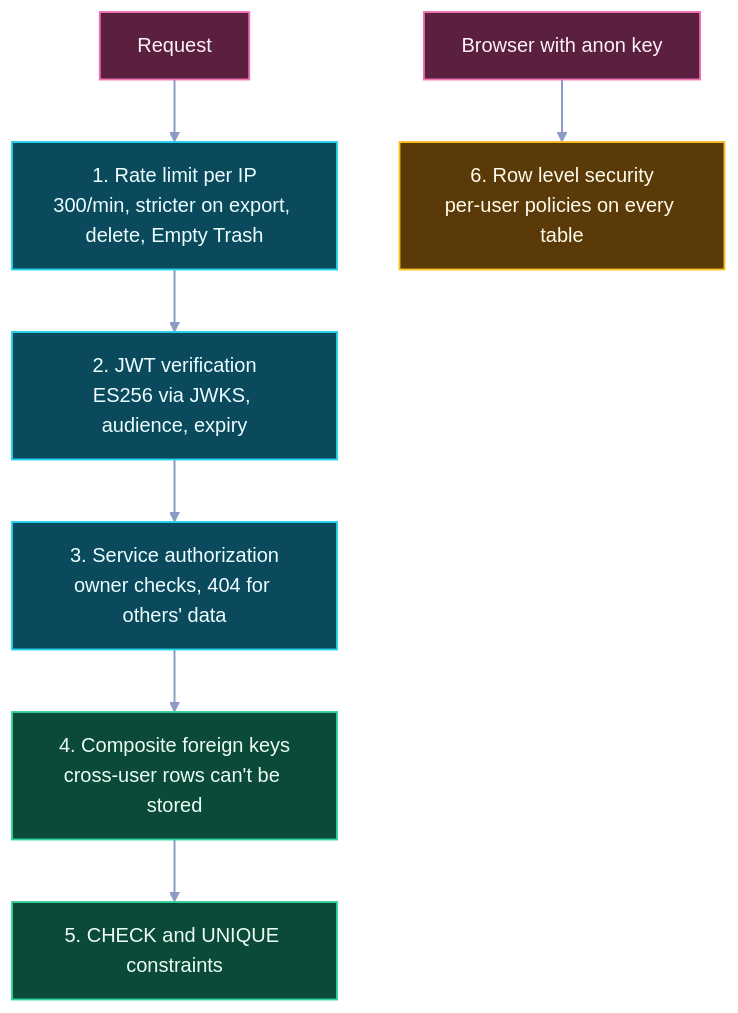
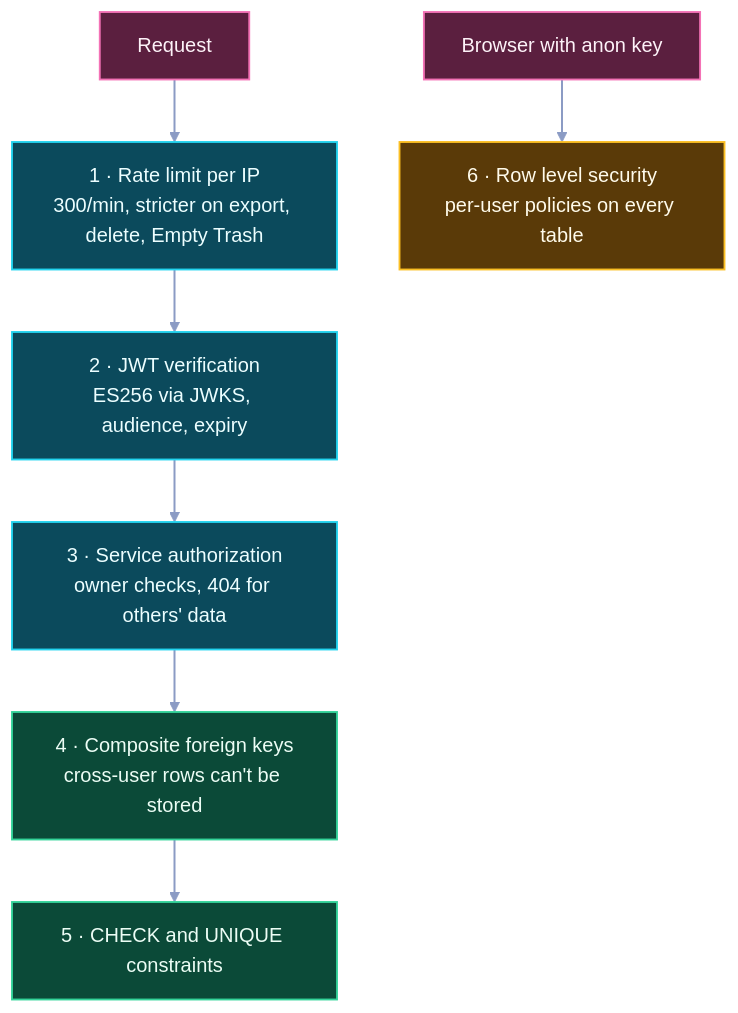
One commit to Mahakisore7/Neuro_Vault changed the diagram in docs/diagrams/security.mmd. Above: the diagram before and after it, drawn with Mermaid (base theme). The commit also changed 2 other files, not shown here.

Commit message:
fix(docs): security diagram labels rendered empty
Labels starting with a number and a dot ('1. Rate limit') were read as
Markdown list items and drawn blank. Use '1 · ' instead, and re-render
every diagram (the other labels were checked and are unaffected).

```diff
--- a/docs/diagrams/security.mmd
+++ b/docs/diagrams/security.mmd
@@ -1,20 +1,20 @@
 flowchart TB
-    R["Request"] --> L1["1. Rate limit per IP<br/>300/min, stricter on export, delete, Empty Trash"]
-    L1 --> L2["2. JWT verification<br/>ES256 via JWKS, audience, expiry"]
-    L2 --> L3["3. Service authorization<br/>owner checks, 404 for others' data"]
-    L3 --> L4["4. Composite foreign keys<br/>cross-user rows can't be stored"]
-    L4 --> L5["5. CHECK and UNIQUE constraints"]
-    B["Browser with anon key"] --> L6["6. Row level security<br/>per-user policies on every table"]
+    R["Request"] --> L1["1 · Rate limit per IP<br/>300/min, stricter on export, delete, Empty Trash"]
+    L1 --> L2["2 · JWT verification<br/>ES256 via JWKS, audience, expiry"]
+    L2 --> L3["3 · Service authorization<br/>owner checks, 404 for others' data"]
+    L3 --> L4["4 · Composite foreign keys<br/>cross-user rows can't be stored"]
+    L4 --> L5["5 · CHECK and UNIQUE constraints"]
+    B["Browser with anon key"] --> L6["6 · Row level security<br/>per-user policies on every table"]
 
     classDef web fill:#2E1F7A,stroke:#A5B4FC,color:#EEF2FF,stroke-width:1.5px
     classDef api fill:#0B4A5C,stroke:#22D3EE,color:#ECFEFF,stroke-width:1.5px
     classDef data fill:#0B4A38,stroke:#34D399,color:#ECFDF5,stroke-width:1.5px
     classDef ext fill:#5A3A08,stroke:#FBBF24,color:#FFFBEB,stroke-width:1.5px
     classDef actor fill:#5B1F3F,stroke:#F472B6,color:#FDF2F8,stroke-width:1.5px
     classDef good fill:#14532D,stroke:#4ADE80,color:#F0FDF4,stroke-width:1.5px
     classDef bad fill:#5B1A25,stroke:#FB7185,color:#FFF1F2,stroke-width:1.5px
     linkStyle default stroke:#8B9BC4,stroke-width:1.6px
     class R,B actor
     class L1,L2,L3 api
     class L4,L5 data
     class L6 ext
```
